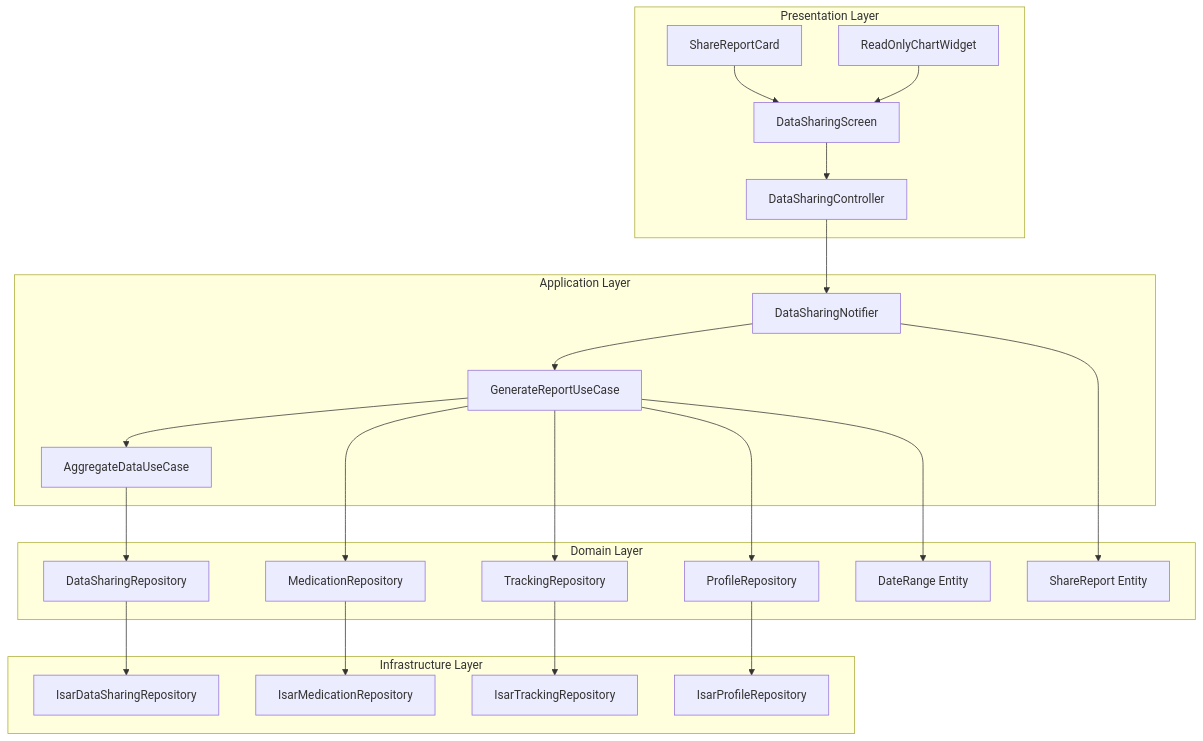
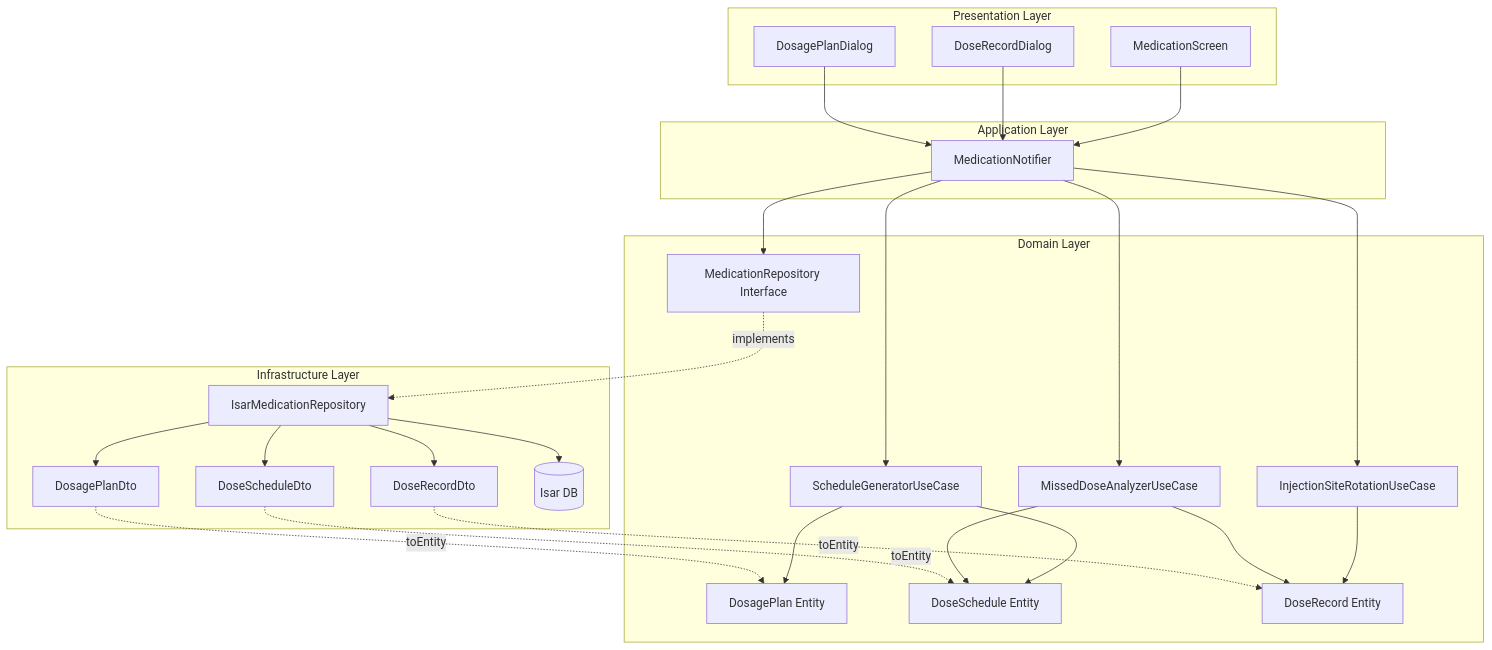
The diagram in docs/003/plan.md (pcepyon/n06), drawn with Mermaid before and after one commit. The commit also changed other lines of this file and 18 other files, not shown here.

````diff
--- a/docs/003/plan.md
+++ b/docs/003/plan.md
@@ -20,34 +30,55 @@
 ```mermaid
-graph TD
+graph TB
     subgraph Presentation Layer
-        A[DataSharingScreen] --> B[DataSharingController]
-        C[ShareReportCard] --> A
-        D[ReadOnlyChartWidget] --> A
+        MS[MedicationScreen]
+        DRD[DoseRecordDialog]
+        DPD[DosagePlanDialog]
     end
 
     subgraph Application Layer
-        B --> E[DataSharingNotifier]
-        E --> F[GenerateReportUseCase]
-        F --> G[AggregateDataUseCase]
+        MN[MedicationNotifier]
     end
 
     subgraph Domain Layer
-        G --> H[DataSharingRepository]
-        F --> I[MedicationRepository]
-        F --> J[TrackingRepository]
-        F --> K[ProfileRepository]
-
-        L[ShareReport Entity]
-        M[DateRange Entity]
+        DP[DosagePlan Entity]
+        DS[DoseSchedule Entity]
+        DR[DoseRecord Entity]
+        SGU[ScheduleGeneratorUseCase]
+        ISRU[InjectionSiteRotationUseCase]
+        MDAU[MissedDoseAnalyzerUseCase]
+        MRI[MedicationRepository Interface]
     end
 
     subgraph Infrastructure Layer
-        H --> N[IsarDataSharingRepository]
-        I --> O[IsarMedicationRepository]
-        J --> P[IsarTrackingRepository]
-        K --> Q[IsarProfileRepository]
+        IMR[IsarMedicationRepository]
+        DPDto[DosagePlanDto]
+        DSDto[DoseScheduleDto]
+        DRDto[DoseRecordDto]
+        Isar[(Isar DB)]
     end
 
-    E --> L
-    F --> M
+    MS --> MN
+    DRD --> MN
+    DPD --> MN
+
+    MN --> SGU
+    MN --> ISRU
+    MN --> MDAU
+    MN --> MRI
+
+    SGU --> DP
+    SGU --> DS
+    ISRU --> DR
+    MDAU --> DS
+    MDAU --> DR
+
+    MRI -.implements.-> IMR
+    IMR --> DPDto
+    IMR --> DSDto
+    IMR --> DRDto
+    IMR --> Isar
+
+    DPDto -.toEntity.-> DP
+    DSDto -.toEntity.-> DS
+    DRDto -.toEntity.-> DR
 ```
````
